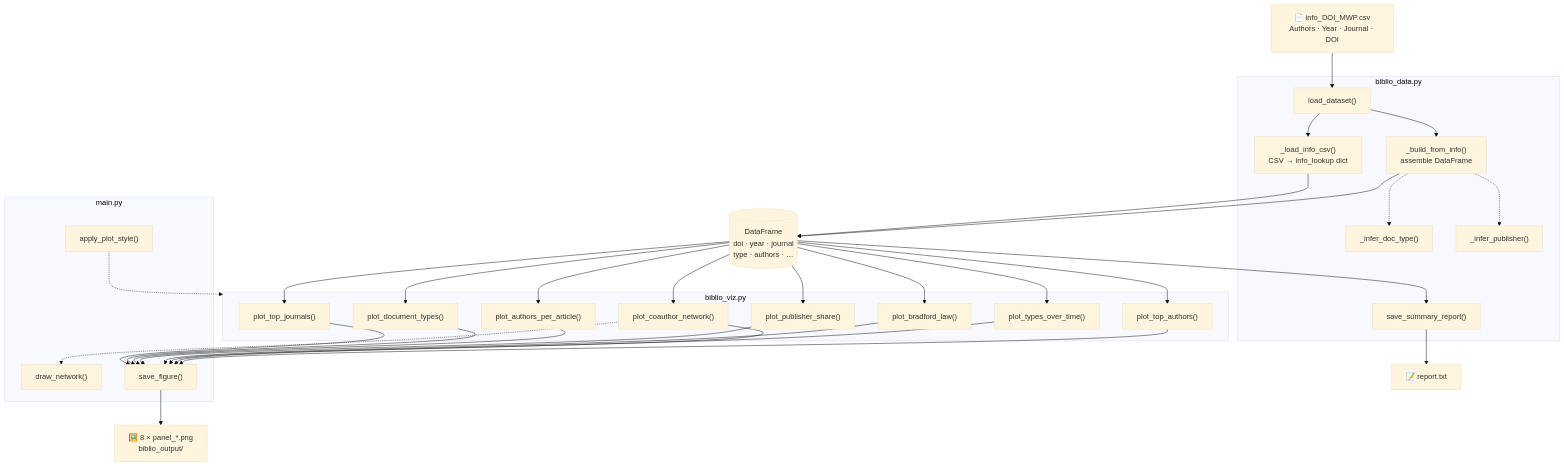
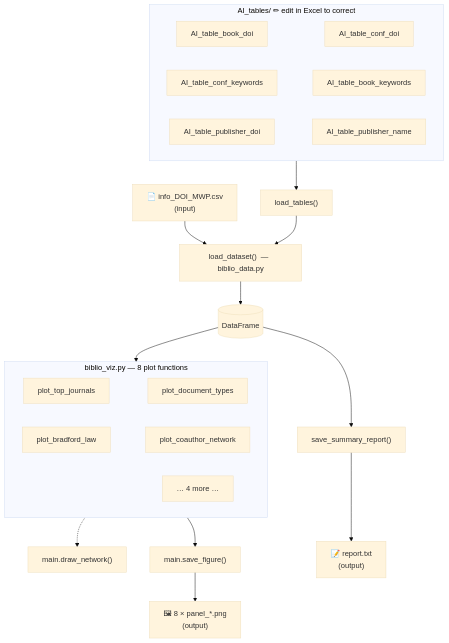
One commit to Belmondo86/RILEM_TCMWP changed the diagram in Review/README.md. Above: the diagram before and after it, drawn with Mermaid (base theme). The commit also changed other lines of this file and 11 other files, not shown here.

````diff
--- a/Review/README.md
+++ b/Review/README.md
@@ -80,46 +56,37 @@
 ```mermaid
 flowchart TD
-    CSV["📄 info_DOI_MWP.csv\nAuthors · Year · Journal · DOI"]
+    CSV["📄 info_DOI_MWP.csv\n(input)"]
 
-    subgraph biblio_data.py
-        LD["load_dataset()"]
-        LI["_load_info_csv()\nCSV → info_lookup dict"]
-        BF["_build_from_info()\nassemble DataFrame"]
-        DT["_infer_doc_type()"]
-        PB["_infer_publisher()"]
-        SR["save_summary_report()"]
+    subgraph AI_tables ["AI_tables/  ✏ edit in Excel to correct"]
+        direction LR
+        T1["AI_table_book_doi"] ~~~ T2["AI_table_conf_doi"]
+        T3["AI_table_conf_keywords"] ~~~ T4["AI_table_book_keywords"]
+        T5["AI_table_publisher_doi"] ~~~ T6["AI_table_publisher_name"]
     end
 
-    DF[("DataFrame\ndoi · year · journal\ntype · authors · …")]
+    LT["load_tables()"]
+    LD["load_dataset()  —  biblio_data.py"]
+    DF[("DataFrame")]
+    SR["save_summary_report()"]
 
-    subgraph biblio_viz.py
-        PJ["plot_top_journals()"]
-        PDT["plot_document_types()"]
-        PA["plot_authors_per_article()"]
-        PPS["plot_publisher_share()"]
-        PBL["plot_bradford_law()"]
-        PTO["plot_types_over_time()"]
-        PCN["plot_coauthor_network()"]
-        PTA["plot_top_authors()"]
+    subgraph VIZ ["biblio_viz.py — 8 plot functions"]
+        direction LR
+        P1["plot_top_journals"] ~~~ P2["plot_document_types"]
+        P3["plot_bradford_law"] ~~~ P4["plot_coauthor_network"]
+        P5["… 4 more …"]
     end
 
-    subgraph main.py
-        DN["draw_network()"]
-        SF["save_figure()"]
-        APS["apply_plot_style()"]
-    end
+    DN["main.draw_network()"]
+    SF["main.save_figure()"]
 
-    OUT_R["📝 report.txt"]
-    OUT_P["🖼️  8 × panel_*.png\nbiblio_output/"]
+    RPT["📝 report.txt\n(output)"]
+    PNG["🖼 8 × panel_*.png\n(output)"]
 
     CSV --> LD
-    LD --> LI & BF
-    BF -.-> DT & PB
-    LI & BF --> DF
-
-    DF --> SR --> OUT_R
-    DF --> PJ & PDT & PA & PPS & PBL & PTO & PCN & PTA
-    PCN -.-> DN
-    PJ & PDT & PA & PPS & PBL & PTO & PCN & PTA --> SF --> OUT_P
-    APS -.-> biblio_viz.py
+    AI_tables --> LT --> LD
+    LD --> DF
+    DF --> SR --> RPT
+    DF --> VIZ
+    P4 -.-> DN
+    VIZ --> SF --> PNG
 ```
````
